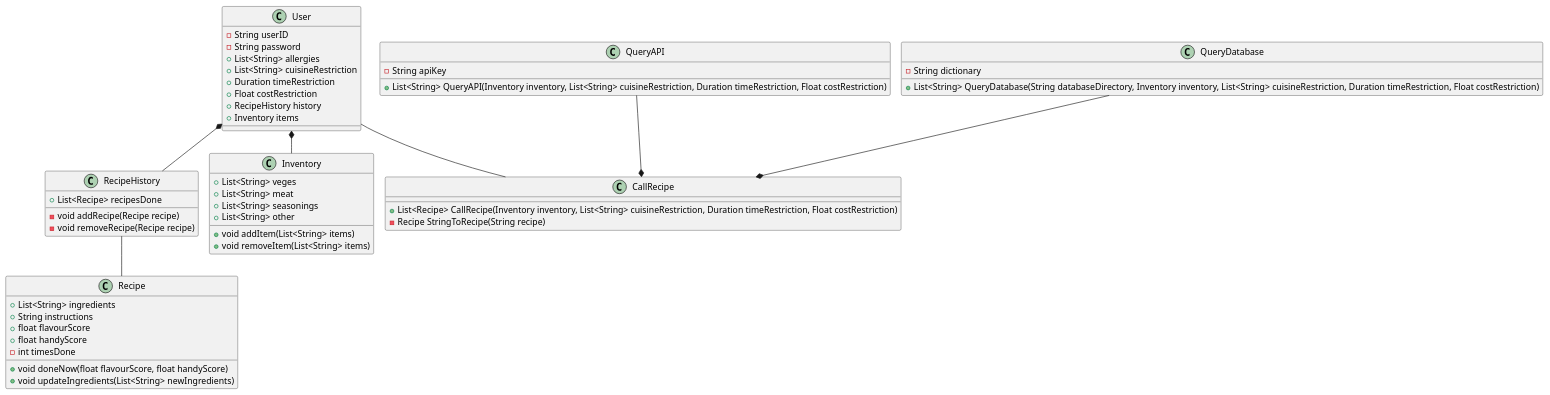
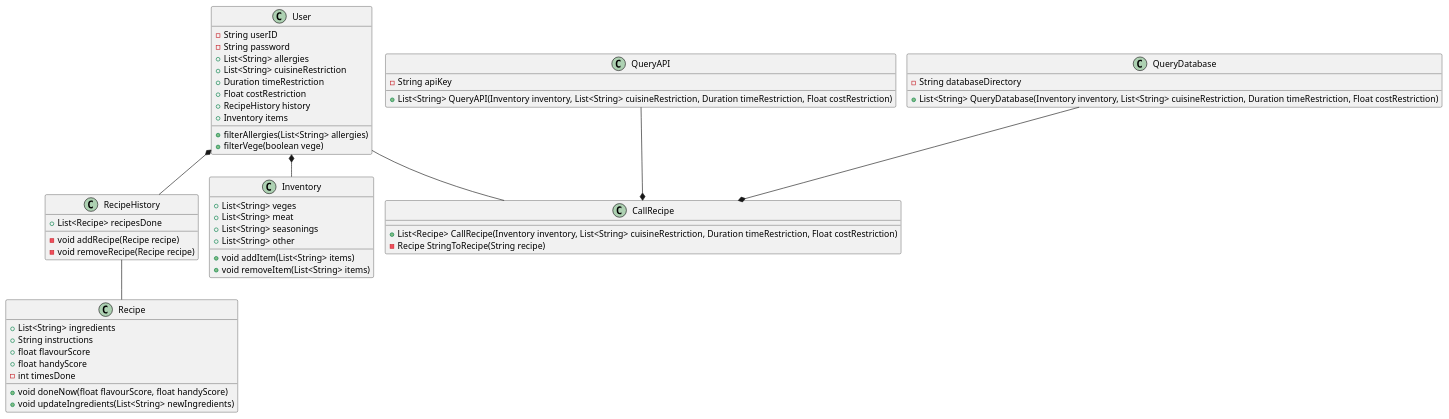
The diagram in Project UML.puml (JohnZHANGFZ/207_group_project), drawn with PlantUML before and after one commit.

Commit message:
add 2 filter methods & update queryDatabase

```diff
--- a/Project UML.puml
+++ b/Project UML.puml
@@ -1,68 +1,71 @@
 @startuml
 !pragma layout smetana
 'https://plantuml.com/sequence-diagram
 
 class User {
 -String userID
 -String password
 +List<String> allergies
 +List<String> cuisineRestriction
 +Duration timeRestriction
 +Float costRestriction
 +RecipeHistory history
 +Inventory items
+
++ filterAllergies(List<String> allergies)
++ filterVege(boolean vege)
 }
 
 class RecipeHistory{
 +List<Recipe> recipesDone
 
 -void addRecipe(Recipe recipe)
 -void removeRecipe(Recipe recipe)
 }
 
 class Recipe{
 +List<String> ingredients
 +String instructions
 +float flavourScore
 +float handyScore
 -int timesDone
 
 +void doneNow(float flavourScore, float handyScore)
 +void updateIngredients(List<String> newIngredients)
 }
 
 class Inventory {
 +List<String> veges
 +List<String> meat
 +List<String> seasonings
 +List<String> other
 
 +void addItem(List<String> items)
 +void removeItem(List<String> items)
 }
 
 
 
 class CallRecipe {
 +List<Recipe> CallRecipe(Inventory inventory, List<String> cuisineRestriction, Duration timeRestriction, Float costRestriction)
 -Recipe StringToRecipe(String recipe)
 }
 
 class QueryAPI {
 -String apiKey
 +List<String> QueryAPI(Inventory inventory, List<String> cuisineRestriction, Duration timeRestriction, Float costRestriction)
 }
 
 class QueryDatabase {
--String dictionary
-+List<String> QueryDatabase(String databaseDirectory, Inventory inventory, List<String> cuisineRestriction, Duration timeRestriction, Float costRestriction)
+-String databaseDirectory
++List<String> QueryDatabase(Inventory inventory, List<String> cuisineRestriction, Duration timeRestriction, Float costRestriction)
 }
 
 RecipeHistory -- Recipe
 User *-- Inventory
 User *-- RecipeHistory
 QueryAPI --* CallRecipe
 QueryDatabase --* CallRecipe
 User -- CallRecipe
 
 @enduml
```
